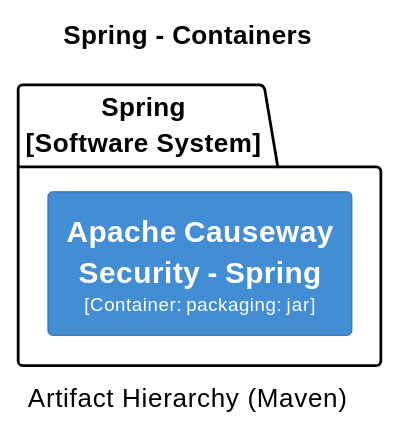
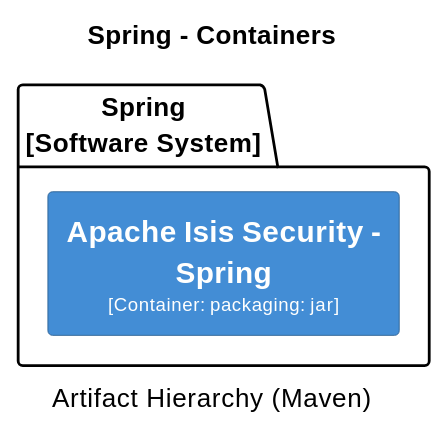
Before and after one commit to Supermajestcd/XMP--toolkits: diagram 14 of 32 in core/adoc/modules/_overview/pages/about.adoc, drawn with PlantUML. The commit also changed other lines of this file and 13571 other files, not shown here.

```diff
--- a/core/adoc/modules/_overview/pages/about.adoc
+++ b/core/adoc/modules/_overview/pages/about.adoc
@@ -2419,25 +2607,25 @@
 [plantuml,Spring,svg]
 ----
 @startuml(id=Spring)
 title Spring - Containers
 caption Artifact Hierarchy (Maven)
 
 skinparam {
   shadowing false
   arrowFontSize 10
   defaultTextAlignment center
   wrapWidth 200
   maxMessageSize 100
 }
 hide stereotype
 left to right direction
 skinparam rectangle<<2>> {
   BackgroundColor #438dd5
   FontColor #fffffe
   BorderColor #2E6295
 }
 package "Spring\n[Software System]" {
-  rectangle "==Apache Causeway Security - Spring\n<size:10>[Container: packaging: jar]</size>" <<2>> as 2
+  rectangle "==Apache Isis Security - Spring\n<size:10>[Container: packaging: jar]</size>" <<2>> as 2
 }
 @enduml
 ----
```
